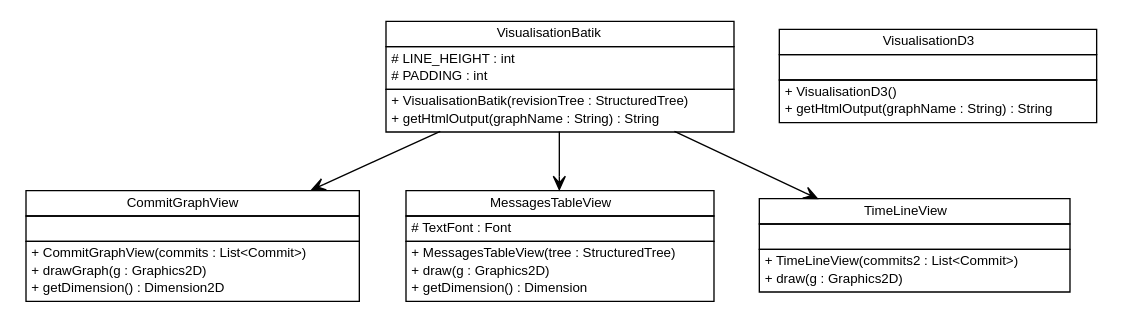
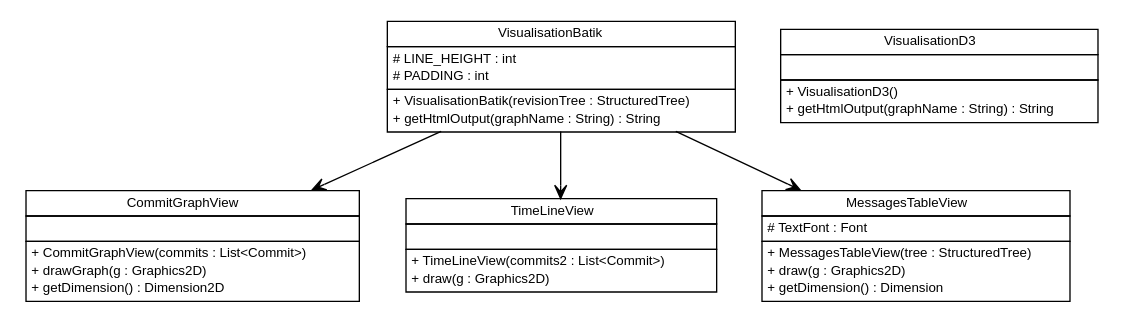
The diagram in site/apidocs/de/tud/plt/r43ples/visualisation/de.tud.plt.r43ples.visualisation.dot (adrianorzyszek/r43ples), drawn with Graphviz before and after one commit. The commit also changed 283 other files, not shown here.

```diff
--- a/site/apidocs/de/tud/plt/r43ples/visualisation/de.tud.plt.r43ples.visualisation.dot
+++ b/site/apidocs/de/tud/plt/r43ples/visualisation/de.tud.plt.r43ples.visualisation.dot
@@ -1,86 +1,86 @@
 #!/usr/local/bin/dot
 #
 # Class diagram 
 # Generated by UMLGraph version R5_6-24-gf6e263 (http://www.umlgraph.org/)
 #
 
 digraph G {
 	edge [fontname="Helvetica",fontsize=10,labelfontname="Helvetica",labelfontsize=10];
 	node [fontname="Helvetica",fontsize=10,shape=plaintext];
 	nodesep=0.25;
 	ranksep=0.5;
 	// de.tud.plt.r43ples.visualisation.CommitGraphView
-	c44 [label=<<table title="de.tud.plt.r43ples.visualisation.CommitGraphView" border="0" cellborder="1" cellspacing="0" cellpadding="2" port="p" href="./CommitGraphView.html">
+	c284 [label=<<table title="de.tud.plt.r43ples.visualisation.CommitGraphView" border="0" cellborder="1" cellspacing="0" cellpadding="2" port="p" href="./CommitGraphView.html">
 		<tr><td><table border="0" cellspacing="0" cellpadding="1">
 <tr><td align="center" balign="center"> CommitGraphView </td></tr>
 		</table></td></tr>
 		<tr><td><table border="0" cellspacing="0" cellpadding="1">
 <tr><td align="left" balign="left">  </td></tr>
 		</table></td></tr>
 		<tr><td><table border="0" cellspacing="0" cellpadding="1">
 <tr><td align="left" balign="left"> + CommitGraphView(commits : List&lt;Commit&gt;) </td></tr>
 <tr><td align="left" balign="left"> + drawGraph(g : Graphics2D) </td></tr>
 <tr><td align="left" balign="left"> + getDimension() : Dimension2D </td></tr>
 		</table></td></tr>
 		</table>>, URL="./CommitGraphView.html", fontname="Helvetica", fontcolor="black", fontsize=10.0];
+	// de.tud.plt.r43ples.visualisation.TimeLineView
+	c285 [label=<<table title="de.tud.plt.r43ples.visualisation.TimeLineView" border="0" cellborder="1" cellspacing="0" cellpadding="2" port="p" href="./TimeLineView.html">
+		<tr><td><table border="0" cellspacing="0" cellpadding="1">
+<tr><td align="center" balign="center"> TimeLineView </td></tr>
+		</table></td></tr>
+		<tr><td><table border="0" cellspacing="0" cellpadding="1">
+<tr><td align="left" balign="left">  </td></tr>
+		</table></td></tr>
+		<tr><td><table border="0" cellspacing="0" cellpadding="1">
+<tr><td align="left" balign="left"> + TimeLineView(commits2 : List&lt;Commit&gt;) </td></tr>
+<tr><td align="left" balign="left"> + draw(g : Graphics2D) </td></tr>
+		</table></td></tr>
+		</table>>, URL="./TimeLineView.html", fontname="Helvetica", fontcolor="black", fontsize=10.0];
 	// de.tud.plt.r43ples.visualisation.MessagesTableView
-	c45 [label=<<table title="de.tud.plt.r43ples.visualisation.MessagesTableView" border="0" cellborder="1" cellspacing="0" cellpadding="2" port="p" href="./MessagesTableView.html">
+	c286 [label=<<table title="de.tud.plt.r43ples.visualisation.MessagesTableView" border="0" cellborder="1" cellspacing="0" cellpadding="2" port="p" href="./MessagesTableView.html">
 		<tr><td><table border="0" cellspacing="0" cellpadding="1">
 <tr><td align="center" balign="center"> MessagesTableView </td></tr>
 		</table></td></tr>
 		<tr><td><table border="0" cellspacing="0" cellpadding="1">
 <tr><td align="left" balign="left"> # TextFont : Font </td></tr>
 		</table></td></tr>
 		<tr><td><table border="0" cellspacing="0" cellpadding="1">
 <tr><td align="left" balign="left"> + MessagesTableView(tree : StructuredTree) </td></tr>
 <tr><td align="left" balign="left"> + draw(g : Graphics2D) </td></tr>
 <tr><td align="left" balign="left"> + getDimension() : Dimension </td></tr>
 		</table></td></tr>
 		</table>>, URL="./MessagesTableView.html", fontname="Helvetica", fontcolor="black", fontsize=10.0];
-	// de.tud.plt.r43ples.visualisation.TimeLineView
-	c46 [label=<<table title="de.tud.plt.r43ples.visualisation.TimeLineView" border="0" cellborder="1" cellspacing="0" cellpadding="2" port="p" href="./TimeLineView.html">
-		<tr><td><table border="0" cellspacing="0" cellpadding="1">
-<tr><td align="center" balign="center"> TimeLineView </td></tr>
-		</table></td></tr>
-		<tr><td><table border="0" cellspacing="0" cellpadding="1">
-<tr><td align="left" balign="left">  </td></tr>
-		</table></td></tr>
-		<tr><td><table border="0" cellspacing="0" cellpadding="1">
-<tr><td align="left" balign="left"> + TimeLineView(commits2 : List&lt;Commit&gt;) </td></tr>
-<tr><td align="left" balign="left"> + draw(g : Graphics2D) </td></tr>
-		</table></td></tr>
-		</table>>, URL="./TimeLineView.html", fontname="Helvetica", fontcolor="black", fontsize=10.0];
 	// de.tud.plt.r43ples.visualisation.VisualisationBatik
-	c47 [label=<<table title="de.tud.plt.r43ples.visualisation.VisualisationBatik" border="0" cellborder="1" cellspacing="0" cellpadding="2" port="p" href="./VisualisationBatik.html">
+	c287 [label=<<table title="de.tud.plt.r43ples.visualisation.VisualisationBatik" border="0" cellborder="1" cellspacing="0" cellpadding="2" port="p" href="./VisualisationBatik.html">
 		<tr><td><table border="0" cellspacing="0" cellpadding="1">
 <tr><td align="center" balign="center"> VisualisationBatik </td></tr>
 		</table></td></tr>
 		<tr><td><table border="0" cellspacing="0" cellpadding="1">
 <tr><td align="left" balign="left"> # LINE_HEIGHT : int </td></tr>
 <tr><td align="left" balign="left"> # PADDING : int </td></tr>
 		</table></td></tr>
 		<tr><td><table border="0" cellspacing="0" cellpadding="1">
 <tr><td align="left" balign="left"> + VisualisationBatik(revisionTree : StructuredTree) </td></tr>
 <tr><td align="left" balign="left"> + getHtmlOutput(graphName : String) : String </td></tr>
 		</table></td></tr>
 		</table>>, URL="./VisualisationBatik.html", fontname="Helvetica", fontcolor="black", fontsize=10.0];
 	// de.tud.plt.r43ples.visualisation.VisualisationD3
-	c48 [label=<<table title="de.tud.plt.r43ples.visualisation.VisualisationD3" border="0" cellborder="1" cellspacing="0" cellpadding="2" port="p" href="./VisualisationD3.html">
+	c288 [label=<<table title="de.tud.plt.r43ples.visualisation.VisualisationD3" border="0" cellborder="1" cellspacing="0" cellpadding="2" port="p" href="./VisualisationD3.html">
 		<tr><td><table border="0" cellspacing="0" cellpadding="1">
 <tr><td align="center" balign="center"> VisualisationD3 </td></tr>
 		</table></td></tr>
 		<tr><td><table border="0" cellspacing="0" cellpadding="1">
 <tr><td align="left" balign="left">  </td></tr>
 		</table></td></tr>
 		<tr><td><table border="0" cellspacing="0" cellpadding="1">
 <tr><td align="left" balign="left"> + VisualisationD3() </td></tr>
 <tr><td align="left" balign="left"> + getHtmlOutput(graphName : String) : String </td></tr>
 		</table></td></tr>
 		</table>>, URL="./VisualisationD3.html", fontname="Helvetica", fontcolor="black", fontsize=10.0];
 	// de.tud.plt.r43ples.visualisation.VisualisationBatik NAVASSOC de.tud.plt.r43ples.visualisation.TimeLineView
-	c47:p -> c46:p [taillabel="", label="", headlabel="", fontname="Helvetica", fontcolor="black", fontsize=10.0, color="black", arrowhead=open];
+	c287:p -> c285:p [taillabel="", label="", headlabel="", fontname="Helvetica", fontcolor="black", fontsize=10.0, color="black", arrowhead=open];
 	// de.tud.plt.r43ples.visualisation.VisualisationBatik NAVASSOC de.tud.plt.r43ples.visualisation.CommitGraphView
-	c47:p -> c44:p [taillabel="", label="", headlabel="", fontname="Helvetica", fontcolor="black", fontsize=10.0, color="black", arrowhead=open];
+	c287:p -> c284:p [taillabel="", label="", headlabel="", fontname="Helvetica", fontcolor="black", fontsize=10.0, color="black", arrowhead=open];
 	// de.tud.plt.r43ples.visualisation.VisualisationBatik NAVASSOC de.tud.plt.r43ples.visualisation.MessagesTableView
-	c47:p -> c45:p [taillabel="", label="", headlabel="", fontname="Helvetica", fontcolor="black", fontsize=10.0, color="black", arrowhead=open];
+	c287:p -> c286:p [taillabel="", label="", headlabel="", fontname="Helvetica", fontcolor="black", fontsize=10.0, color="black", arrowhead=open];
 }
```
